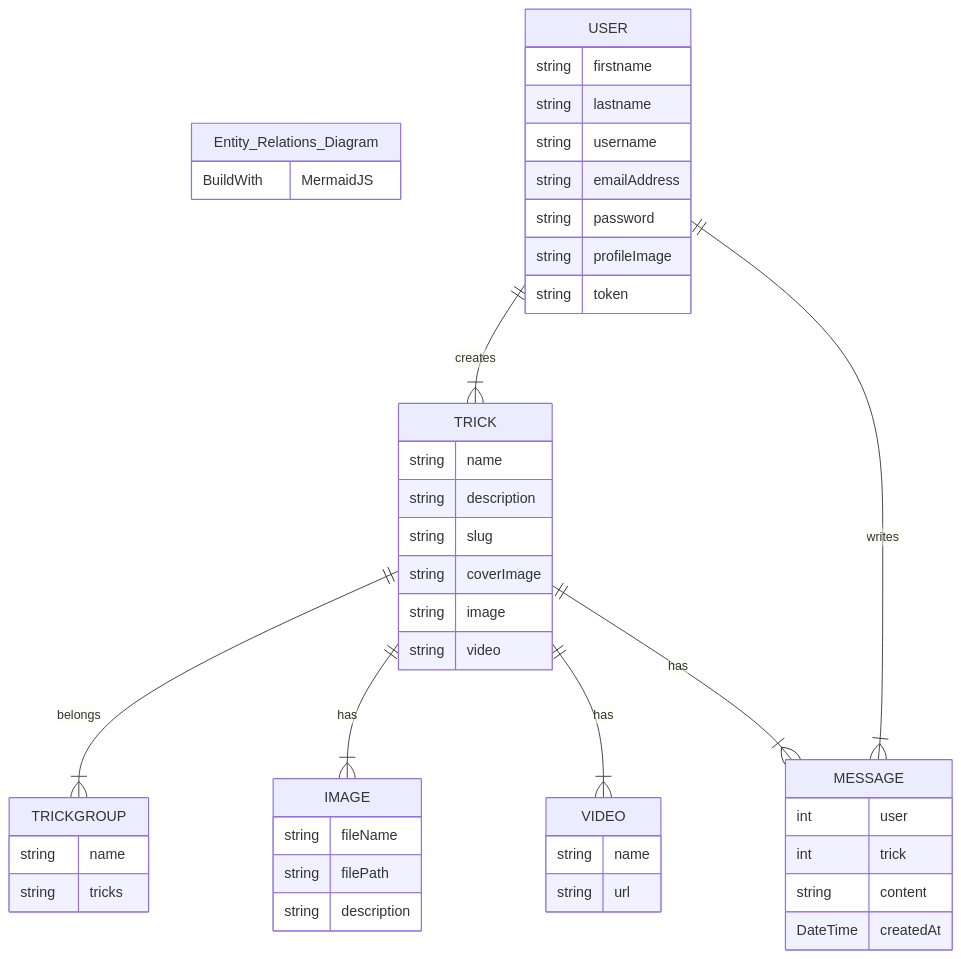
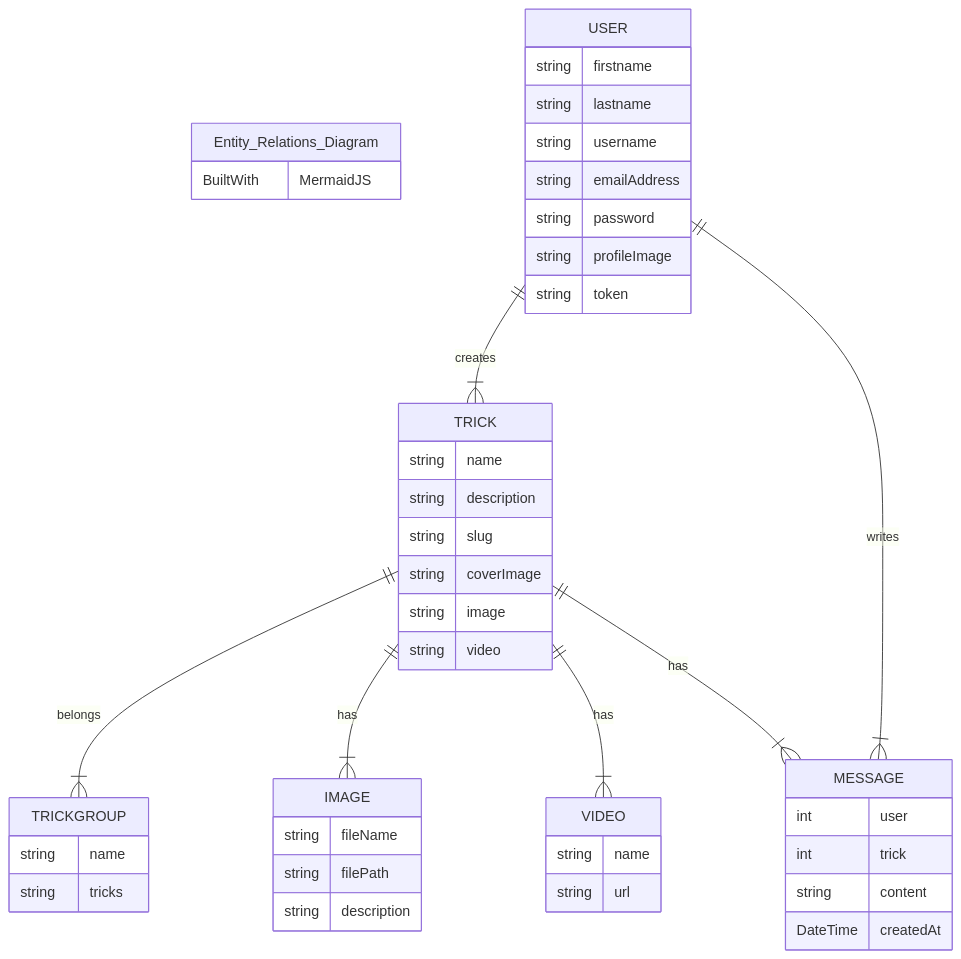
The diagram in doc/diagrams/entity-relations.md (Palingenae/OC-P6-SnowTricks), drawn with Mermaid before and after one commit.

````diff
--- a/doc/diagrams/entity-relations.md
+++ b/doc/diagrams/entity-relations.md
@@ -1,48 +1,48 @@
 ```mermaid
     erDiagram
         Entity_Relations_Diagram {
-            BuildWith MermaidJS
+            BuiltWith MermaidJS
         }
         TRICK ||--|{ TRICKGROUP: belongs
         TRICK ||--|{ IMAGE: has
         TRICK ||--|{ VIDEO: has
         TRICK ||--|{ MESSAGE: has
         USER ||--|{ TRICK: creates
         USER ||--|{ MESSAGE: writes
         TRICK {
             string name
             string description
             string slug
             string coverImage
             string image
             string video
         }
         USER {
             string firstname
             string lastname
             string username
             string emailAddress
             string password
             string profileImage
             string token
         }
         MESSAGE {
             int user
             int trick
             string content
             DateTime createdAt
         }
         TRICKGROUP {
             string name
             string tricks
         }
         IMAGE {
             string fileName
             string filePath
             string description
         }
         VIDEO {
             string name
             string url
         }
 ```
````
